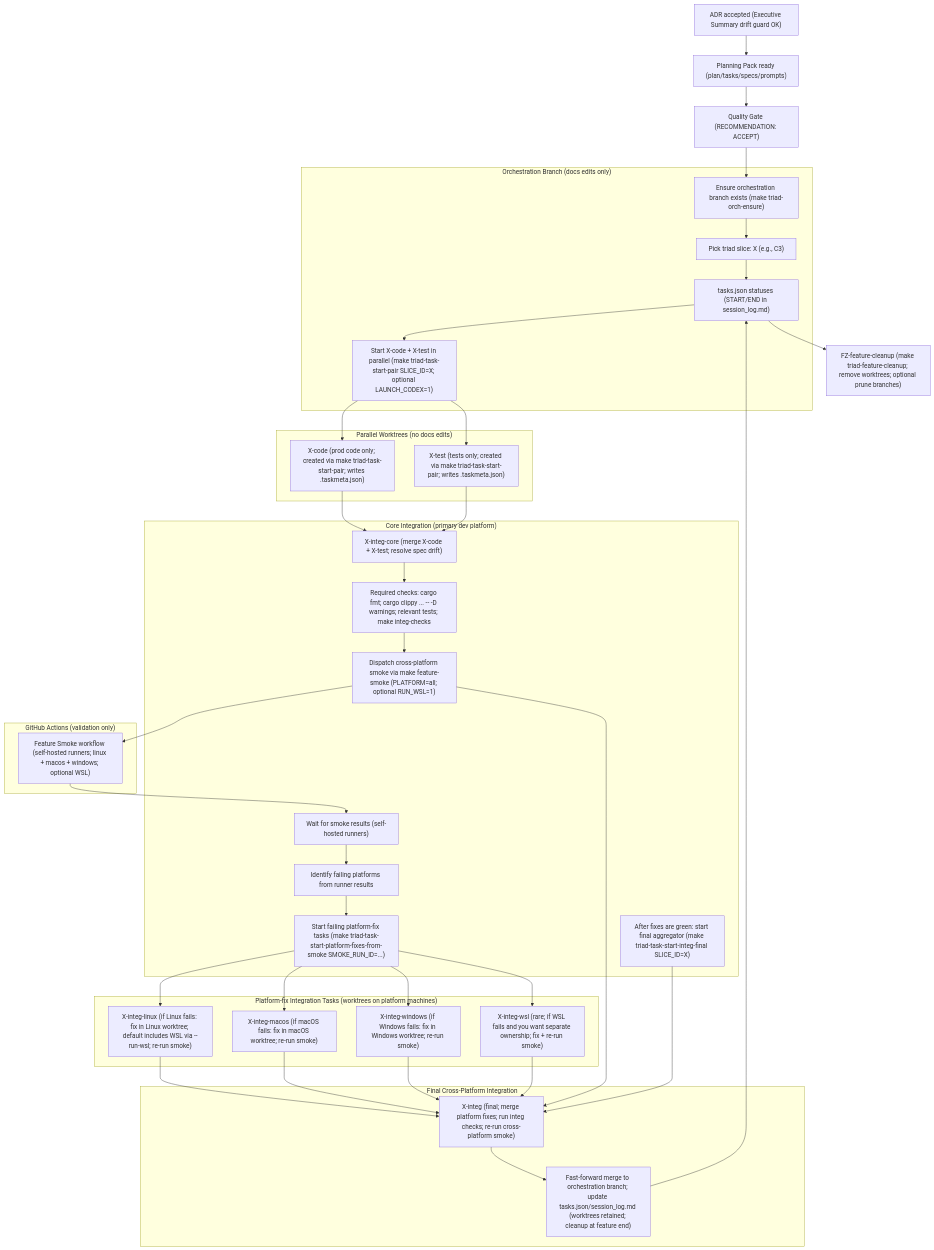
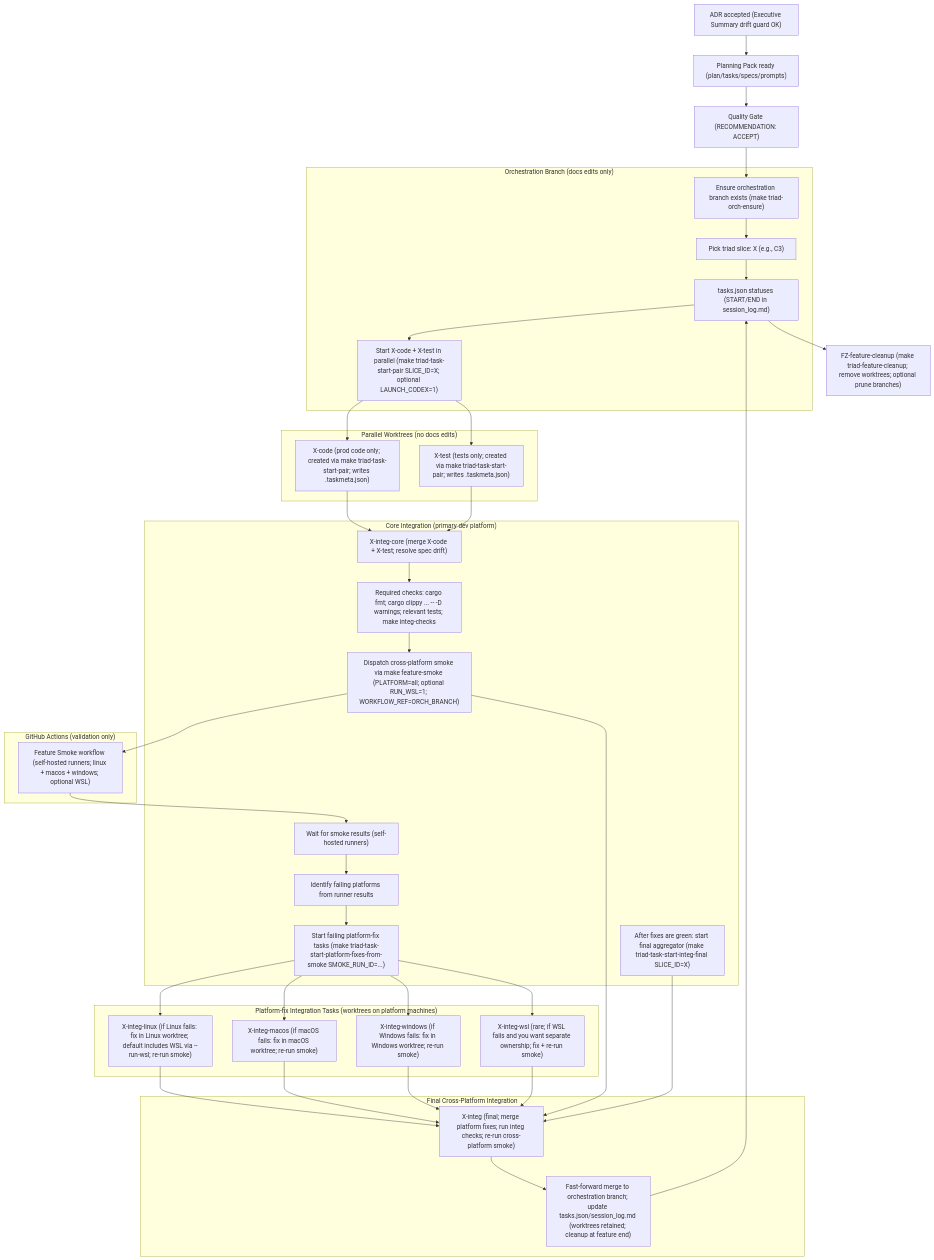
Before and after one commit to atomize-hq/substrate: the first of 3 diagrams in docs/project_management/standards/TRIAD_WORKFLOW_CROSS_PLATFORM_INTEG.md, drawn with Mermaid. The commit also changed other lines of this file and 8 other files, not shown here.

Commit message:
docs: align X-integ-core smoke + platform-fix guidance

````diff
--- a/docs/project_management/standards/TRIAD_WORKFLOW_CROSS_PLATFORM_INTEG.md
+++ b/docs/project_management/standards/TRIAD_WORKFLOW_CROSS_PLATFORM_INTEG.md
@@ -20,81 +20,81 @@
 ```mermaid
 flowchart TD
   %% ======== Inputs / gating ========
   ADR["ADR accepted (Executive Summary drift guard OK)"]
   PACK["Planning Pack ready (plan/tasks/specs/prompts)"]
   GATE["Quality Gate (RECOMMENDATION: ACCEPT)"]
 
   ADR --> PACK --> GATE
 
   %% ======== Triad execution ========
   subgraph ORCH["Orchestration Branch (docs edits only)"]
     ORCH_ENSURE["Ensure orchestration branch exists (make triad-orch-ensure)"]
     START["Pick triad slice: X (e.g., C3)"]
     TASKS["tasks.json statuses (START/END in session_log.md)"]
     START_PAIR["Start X-code + X-test in parallel (make triad-task-start-pair SLICE_ID=X; optional LAUNCH_CODEX=1)"]
   end
 
   GATE --> ORCH_ENSURE --> START
   START --> TASKS
   TASKS --> START_PAIR
 
   subgraph WT["Parallel Worktrees (no docs edits)"]
     CODE["X-code (prod code only; created via make triad-task-start-pair; writes .taskmeta.json)"]
     TEST["X-test (tests only; created via make triad-task-start-pair; writes .taskmeta.json)"]
   end
 
   START_PAIR --> CODE
   START_PAIR --> TEST
 
   subgraph INTEG_CORE["Core Integration (primary dev platform)"]
     MERGE["X-integ-core (merge X-code + X-test; resolve spec drift)"]
     CORE_CHECKS["Required checks: cargo fmt; cargo clippy ... -- -D warnings; relevant tests; make integ-checks"]
-    CORE_DISPATCH["Dispatch cross-platform smoke via make feature-smoke (PLATFORM=all; optional RUN_WSL=1)"]
+    CORE_DISPATCH["Dispatch cross-platform smoke via make feature-smoke (PLATFORM=all; optional RUN_WSL=1; WORKFLOW_REF=ORCH_BRANCH)"]
     CORE_RESULTS["Wait for smoke results (self-hosted runners)"]
     CORE_IDENTIFY["Identify failing platforms from runner results"]
     CORE_START_PF["Start failing platform-fix tasks (make triad-task-start-platform-fixes-from-smoke SMOKE_RUN_ID=...)"]
     CORE_START_FINAL["After fixes are green: start final aggregator (make triad-task-start-integ-final SLICE_ID=X)"]
   end
 
   CODE --> MERGE
   TEST --> MERGE
   MERGE --> CORE_CHECKS --> CORE_DISPATCH
 
   %% ======== Smoke validation (CI) ========
   subgraph CI["GitHub Actions (validation only)"]
     SMOKE_ALL["Feature Smoke workflow (self-hosted runners; linux + macos + windows; optional WSL)"]
   end
 
   CORE_DISPATCH --> SMOKE_ALL --> CORE_RESULTS --> CORE_IDENTIFY --> CORE_START_PF
 
   %% ======== Platform-fix tasks (parallel, only if needed) ========
   subgraph PF["Platform-fix Integration Tasks (worktrees on platform machines)"]
     LNX["X-integ-linux (if Linux fails: fix in Linux worktree; default includes WSL via --run-wsl; re-run smoke)"]
     MAC["X-integ-macos (if macOS fails: fix in macOS worktree; re-run smoke)"]
     WIN["X-integ-windows (if Windows fails: fix in Windows worktree; re-run smoke)"]
     WSL["X-integ-wsl (rare; if WSL fails and you want separate ownership; fix + re-run smoke)"]
   end
 
   CORE_START_PF --> LNX
   CORE_START_PF --> MAC
   CORE_START_PF --> WIN
   CORE_START_PF --> WSL
 
   %% ======== Final aggregator ========
   subgraph INTEG_FINAL["Final Cross-Platform Integration"]
     AGG["X-integ (final; merge platform fixes; run integ checks; re-run cross-platform smoke)"]
     MERGE_BACK["Fast-forward merge to orchestration branch; update tasks.json/session_log.md (worktrees retained; cleanup at feature end)"]
   end
 
   LNX --> AGG
   MAC --> AGG
   WIN --> AGG
   WSL --> AGG
   CORE_DISPATCH --> AGG
   CORE_START_FINAL --> AGG
   AGG --> MERGE_BACK --> TASKS
 
   %% ======== Feature end cleanup ========
   CLEANUP["FZ-feature-cleanup (make triad-feature-cleanup; remove worktrees; optional prune branches)"]
   TASKS --> CLEANUP
 ```
````
